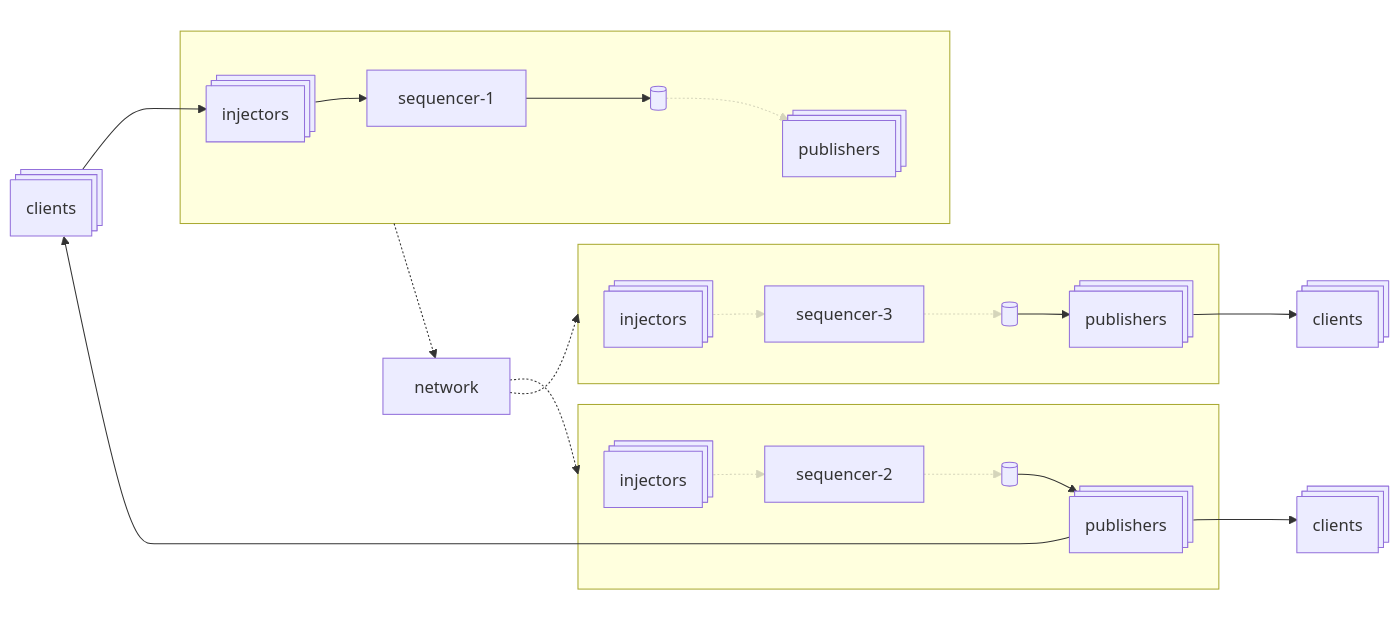
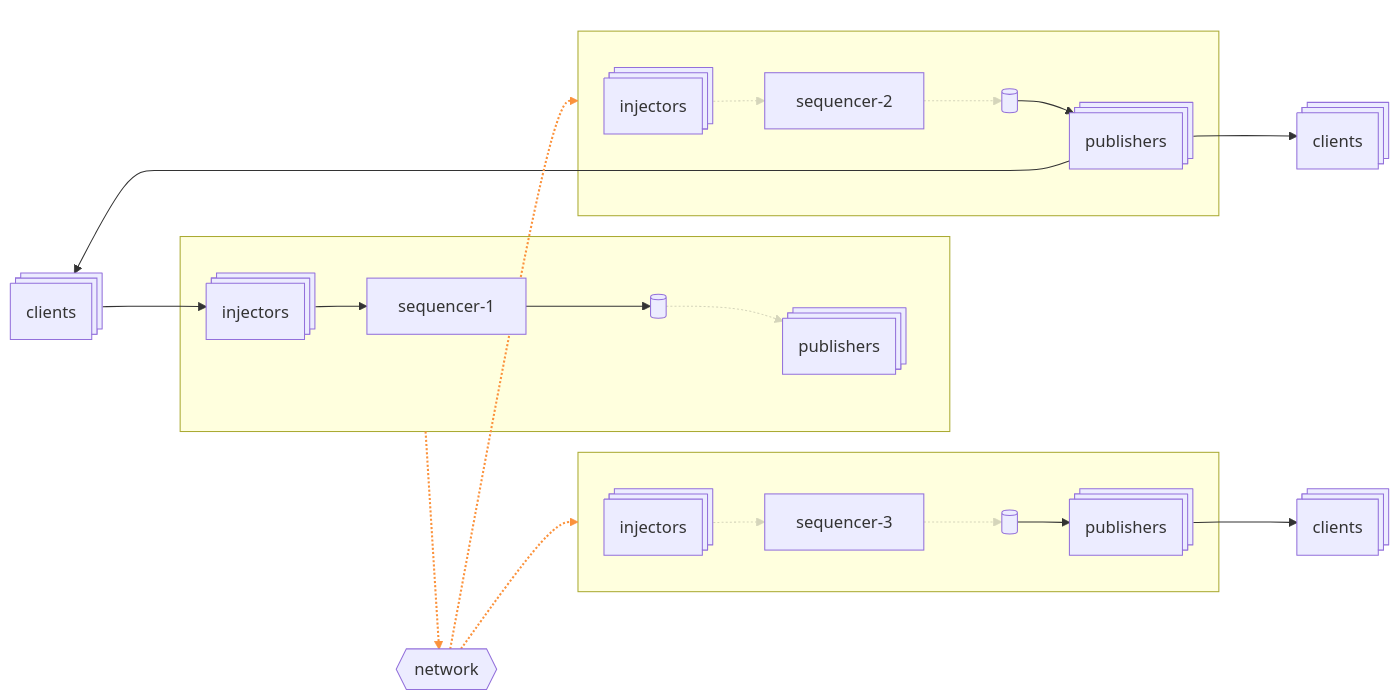
The diagram in slides.md (dpatti/nyc-systems-aria-talk), drawn with Mermaid before and after one commit. The commit also changed other lines of this file and 5 other files, not shown here.

````diff
--- a/slides.md
+++ b/slides.md
@@ -336,64 +370,67 @@
 ```mermaid {scale: 0.8}
 graph LR
     classDef inactive-edge opacity:0.2
     producers:::client@{ shape: st-rect, label: "clients" }
     consumers-1:::client@{ shape: st-rect, label: "clients" }
     consumers-2:::client@{ shape: st-rect, label: "clients" }
+    network
     subgraph aria [" "]
       subgraph node-1 [" "]
         injectors-1:::core@{ shape: st-rect, label: "injectors" }
         sequencer-1:::primary@{ shape: rect, label: "sequencer-1" }
         publishers-1:::inactive@{ shape: st-rect, label: "publishers" }
         disk-1:::disk@{ shape: cyl, label: " " }
         class disk-1 core
         injectors-1 e2@--> sequencer-1
         sequencer-1 e3@--> disk-1
         disk-1 e4@-.-> publishers-1
         class e4 inactive-edge
       end
       subgraph node-2 [" "]
         injectors-2:::inactive@{ shape: st-rect, label: "injectors" }
         sequencer-2:::inactive@{ shape: rect, label: "sequencer-2" }
         publishers-2:::core@{ shape: st-rect, label: "publishers" }
         disk-2:::disk@{ shape: cyl, label: " " }
         class disk-2 core
         injectors-2 e8@-.-> sequencer-2
         sequencer-2 e9@-.-> disk-2
         disk-2 e10@--> publishers-2
         class e8,e9 inactive-edge
       end
       subgraph node-3 [" "]
         injectors-3:::inactive@{ shape: st-rect, label: "injectors" }
         sequencer-3:::inactive@{ shape: rect, label: "sequencer-3" }
         publishers-3:::core@{ shape: st-rect, label: "publishers" }
         disk-3:::disk@{ shape: cyl, label: " " }
         class disk-3 core
         injectors-3 e11@-.-> sequencer-3
         sequencer-3 e12@-.-> disk-3
         disk-3 e13@--> publishers-3
         class e11,e12 inactive-edge
       end
-      network
     end
     %% aria is only a layout container; hide its panel
     style aria fill:none,stroke:none
     %% mcast@{ label: " " }
     %% mcast ~~~ node-1 & node-2 & node-3
     %% mcast --> disk-2
     %% mcast --> disk-3
     %% node-1 & node-2 & node-3 -.- anchor
     %% node-3 --> node-2
     %% node-2 --> node-1
   producers e1@--> injectors-1
   publishers-1 ~~~ producers
   publishers-2 --> producers & consumers-1
   publishers-3 --> consumers-2
-  network ~~~ node-1
-  network en1@-.-> node-2 & node-3
-  node-1 en2@-.-> network
+  network:::net@{ shape: hex, label: "network" }
+  network en2@-.-> node-2
+  network en3@-.-> node-3
+  node-1 en1@-.-> network
+  classDef net-edge stroke:#fb923c,stroke-width:2px
+  class en1,en2,en3 net-edge
   %% sequencer-1 & sequencer-2 --- sequencer-1 & sequencer-2
   %% sequencer-1 e99@--> mcast
   %% sequencer-2 ~~~ disk-1
   %% sequencer-3 ~~~ disk-1
   %% e99@{ animate: true }
 ```
````
